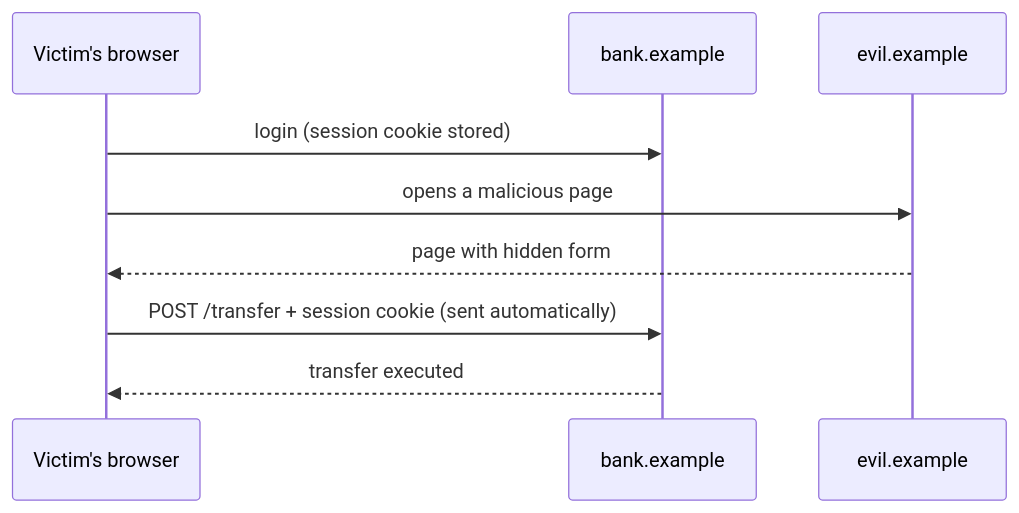
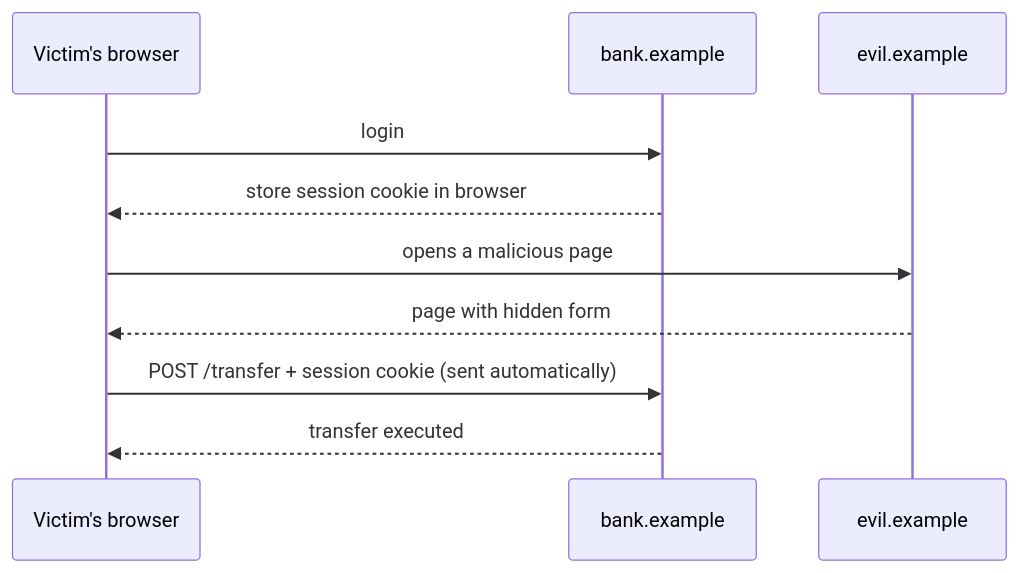
The second of 5 diagrams in gitbook/concepts/security-other-concepts.md (Engin1980/7vbap-gitbook), drawn with Mermaid before and after one commit. The commit also changed other lines of this file and 14 other files, not shown here.

````diff
--- a/gitbook/concepts/security-other-concepts.md
+++ b/gitbook/concepts/security-other-concepts.md
@@ -186,12 +186,13 @@
 ```mermaid
 sequenceDiagram
     participant V as Victim's browser
     participant B as bank.example
     participant E as evil.example
 
-    V->>B: login (session cookie stored)
+    V->>B: login
+    B -->>V: store session cookie in browser
     V->>E: opens a malicious page
     E-->>V: page with hidden form
     V->>B: POST /transfer + session cookie (sent automatically)
     B-->>V: transfer executed
 ```
````
